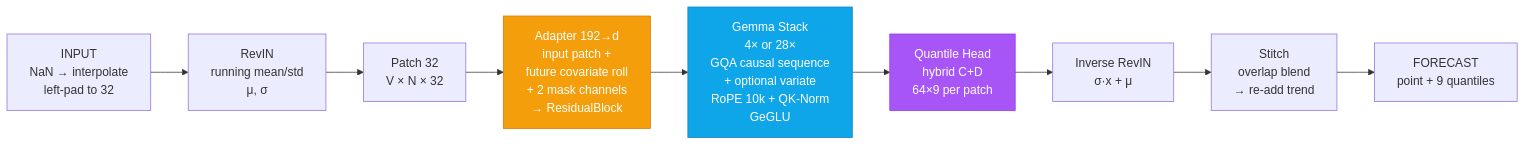
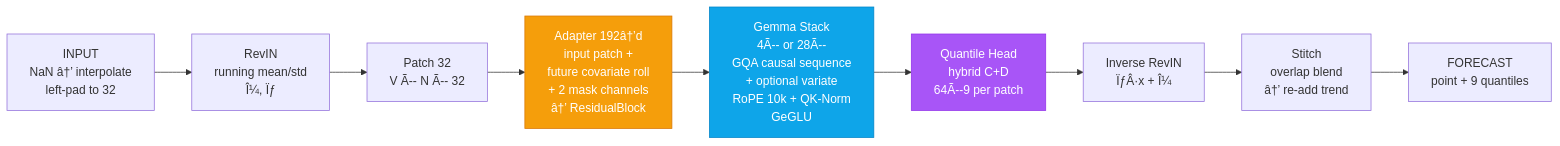
Before and after one commit to SNAPKITTYWEST/nano-gemini: the second of 3 diagrams in README.md, drawn with Mermaid. The commit also changed other lines of this file, not shown here.

````diff
--- a/README.md
+++ b/README.md
@@ -76,15 +76,15 @@
 ```mermaid
 flowchart LR
-    A[INPUT<br/>NaN → interpolate<br/>left-pad to 32] --> B[RevIN<br/>running mean/std<br/>μ, σ]
-    B --> C[Patch 32<br/>V × N × 32]
-    C --> D[Adapter 192→d<br/>input patch +<br/>future covariate roll<br/>+ 2 mask channels<br/>→ ResidualBlock]
-    D --> E[Gemma Stack<br/>4× or 28×<br/>GQA causal sequence<br/>+ optional variate<br/>RoPE 10k + QK-Norm<br/>GeGLU]
-    E --> F[Quantile Head<br/>hybrid C+D<br/>64×9 per patch]
-    F --> G[Inverse RevIN<br/>σ·x + μ]
-    G --> H[Stitch<br/>overlap blend<br/>→ re-add trend]
+    A[INPUT<br/>NaN â†’ interpolate<br/>left-pad to 32] --> B[RevIN<br/>running mean/std<br/>Î¼, Ïƒ]
+    B --> C[Patch 32<br/>V Ã-- N Ã-- 32]
+    C --> D[Adapter 192â†’d<br/>input patch +<br/>future covariate roll<br/>+ 2 mask channels<br/>â†’ ResidualBlock]
+    D --> E[Gemma Stack<br/>4Ã-- or 28Ã--<br/>GQA causal sequence<br/>+ optional variate<br/>RoPE 10k + QK-Norm<br/>GeGLU]
+    E --> F[Quantile Head<br/>hybrid C+D<br/>64Ã--9 per patch]
+    F --> G[Inverse RevIN<br/>ÏƒÂ·x + Î¼]
+    G --> H[Stitch<br/>overlap blend<br/>â†’ re-add trend]
     H --> I[FORECAST<br/>point + 9 quantiles]
 
     style D fill:#f59e0b,stroke:#d97706,color:#fff
     style E fill:#0ea5e9,stroke:#0284c7,color:#fff
     style F fill:#a855f7,stroke:#9333ea,color:#fff
 ```
````
